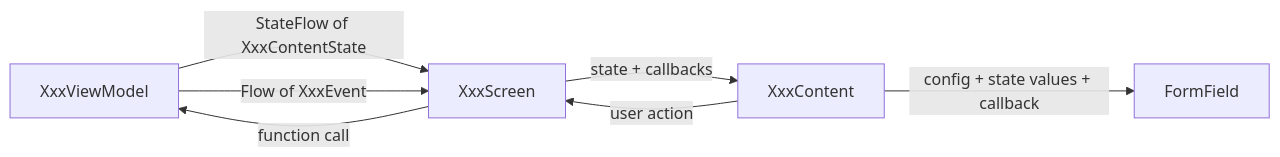
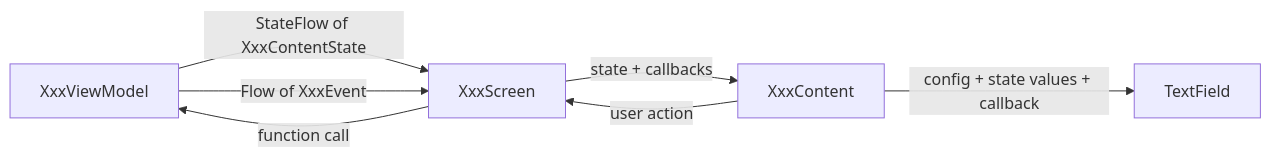
One commit to allco/transmission-client changed the diagram in docs/adr/ADR-3-composable-conventions.md. Above: the diagram before and after it, drawn with Mermaid. The commit also changed other lines of this file and 7 other files, not shown here.

````diff
--- a/docs/adr/ADR-3-composable-conventions.md
+++ b/docs/adr/ADR-3-composable-conventions.md
@@ -31,9 +31,9 @@
 ```mermaid
 flowchart LR
     VM[XxxViewModel] -->|StateFlow of XxxContentState| Screen[XxxScreen]
     VM -->|Flow of XxxEvent| Screen
     Screen -->|state + callbacks| Content[XxxContent]
-    Content -->|config + state values + callback| Child[FormField]
+    Content -->|config + state values + callback| Child[TextField]
     Content -->|user action| Screen
     Screen -->|function call| VM
 ```
````
